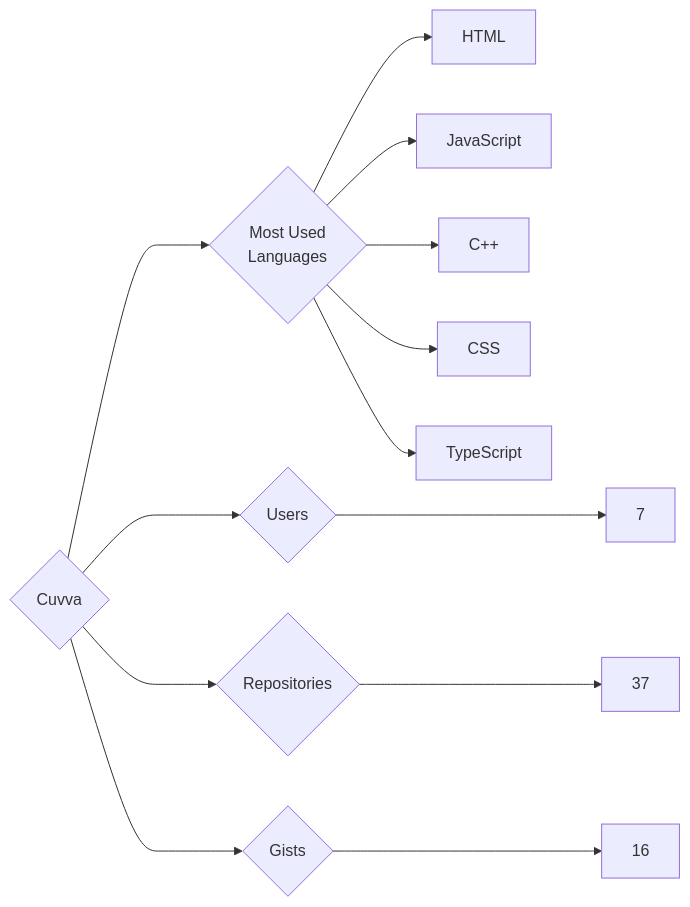
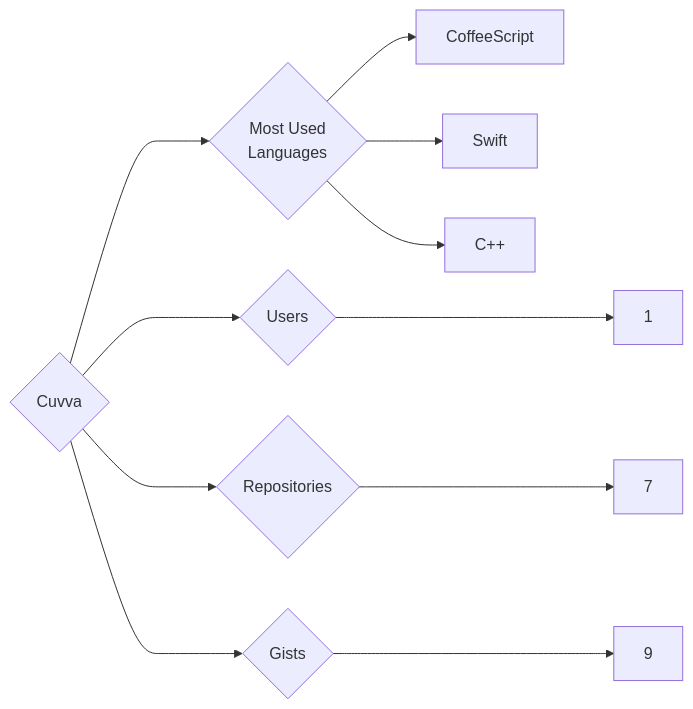
One commit to trickest/insiders changed the diagram in targets/Cuvva/README.md. Above: the diagram before and after it, drawn with Mermaid. The commit also changed 636 other files, not shown here.

````diff
--- a/targets/Cuvva/README.md
+++ b/targets/Cuvva/README.md
@@ -3,13 +3,11 @@
 ```mermaid
 graph LR
 COMPANY_NAME{Cuvva}
-COMPANY_NAME ---> U{Users} ---> UN[7]
-COMPANY_NAME ---> R{Repositories} ---> RN[37]
-COMPANY_NAME ---> G{Gists} ---> GN[16]
+COMPANY_NAME ---> U{Users} ---> UN[1]
+COMPANY_NAME ---> R{Repositories} ---> RN[7]
+COMPANY_NAME ---> G{Gists} ---> GN[9]
 COMPANY_NAME ---> ML{Most Used<br>Languages}
-ML --> HTML[HTML]
-ML --> JavaScript[JavaScript]
+ML --> CoffeeScript[CoffeeScript]
+ML --> Swift[Swift]
 ML --> C++[C++]
-ML --> CSS[CSS]
-ML --> TypeScript[TypeScript]
 ```
````
